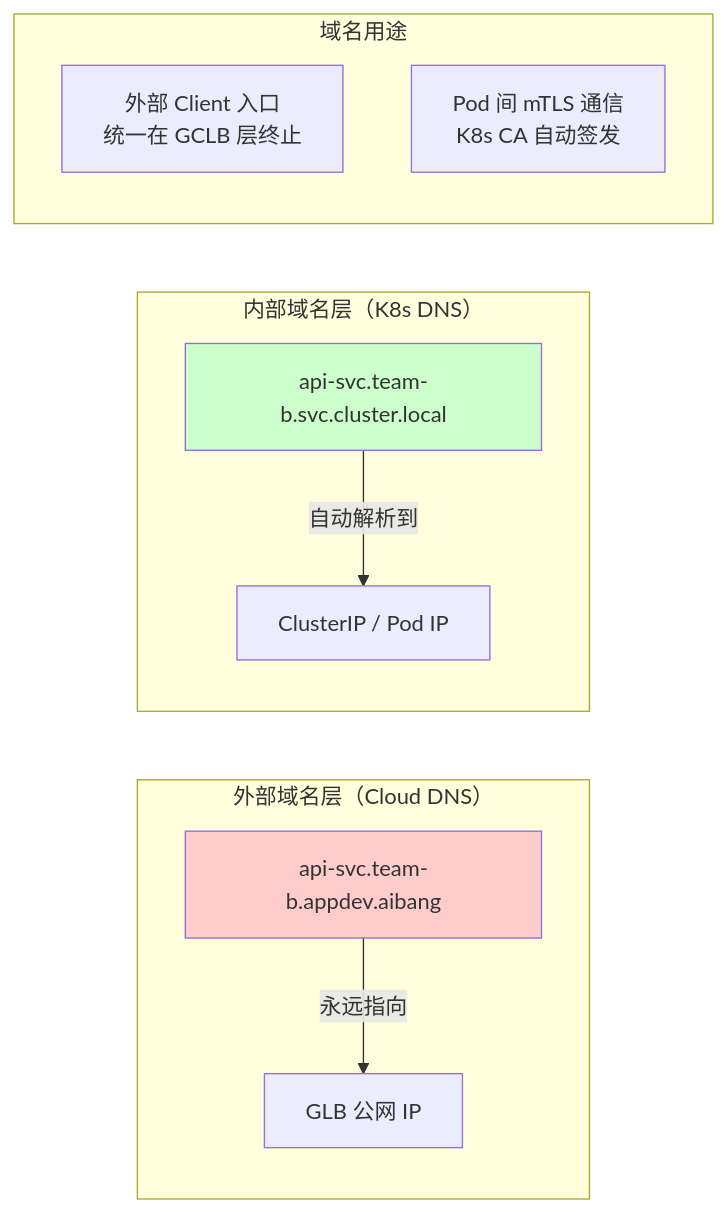
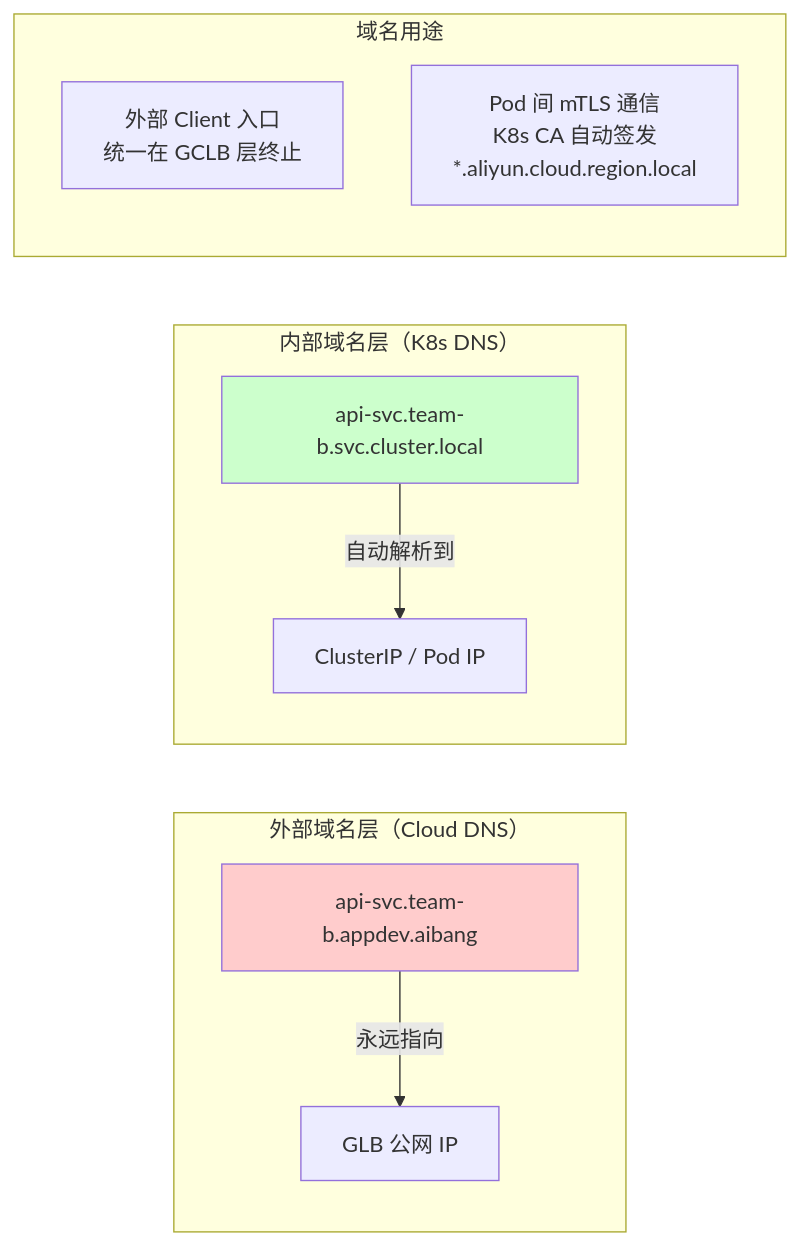
Before and after one commit to aibangjuxin/knowledge: the second of 2 diagrams in linux/dns/docs/external-internal-dns-separation.md, drawn with Mermaid. The commit also changed other lines of this file and 1 other file, not shown here.

````diff
--- a/linux/dns/docs/external-internal-dns-separation.md
+++ b/linux/dns/docs/external-internal-dns-separation.md
@@ -344,23 +343,23 @@
 ```mermaid
 graph LR
     subgraph "外部域名层（Cloud DNS）"
         ext_api[api-svc.team-b.appdev.aibang]
         ext_glb[GLB 公网 IP]
     end
 
     subgraph "内部域名层（K8s DNS）"
         int_api[api-svc.team-b.svc.cluster.local]
         int_clusterip[ClusterIP / Pod IP]
     end
 
     subgraph "域名用途"
         purpose_ext[外部 Client 入口<br/>统一在 GCLB 层终止]
-        purpose_int[Pod 间 mTLS 通信<br/>K8s CA 自动签发]
+        purpose_int[Pod 间 mTLS 通信<br/>K8s CA 自动签发<br/>*.aliyun.cloud.region.local]
     end
 
     ext_api -->|永远指向| ext_glb
     int_api -->|自动解析到| int_clusterip
 
     style ext_api fill:#ffcccc
     style int_api fill:#ccffcc
 ```
````
